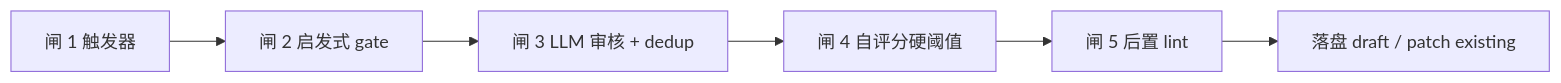
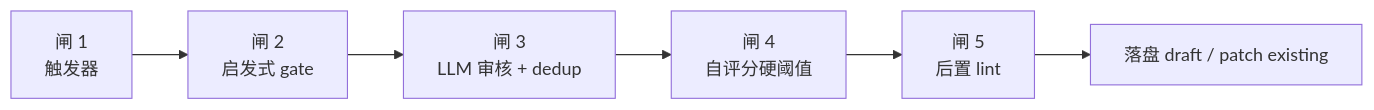
One commit to shiwenwen/hope-agent changed diagram 13 of 19 in docs/architecture/skill-system.md. Above: the diagram before and after it, drawn with Mermaid. The commit also changed other lines of this file, not shown here.

````diff
--- a/docs/architecture/skill-system.md
+++ b/docs/architecture/skill-system.md
@@ -1369,5 +932,5 @@
 ```mermaid
 flowchart LR
-    G1["闸 1 触发器"] --> G2["闸 2 启发式 gate"] --> G3["闸 3 LLM 审核 + dedup"]
-    G3 --> G4["闸 4 自评分硬阈值"] --> G5["闸 5 后置 lint"] --> OUT["落盘 draft / patch existing"]
+    G1["闸 1<br/>触发器"] --> G2["闸 2<br/>启发式 gate"] --> G3["闸 3<br/>LLM 审核 + dedup"]
+    G3 --> G4["闸 4<br/>自评分硬阈值"] --> G5["闸 5<br/>后置 lint"] --> OUT["落盘 draft / patch existing"]
 ```
````
